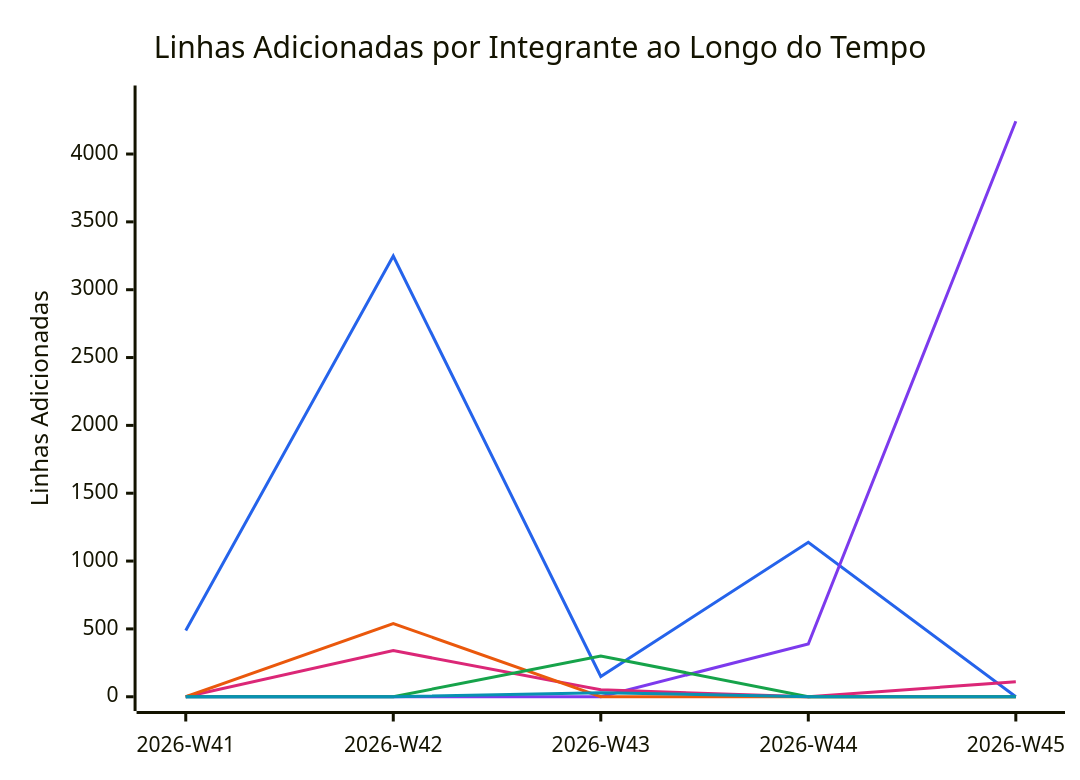
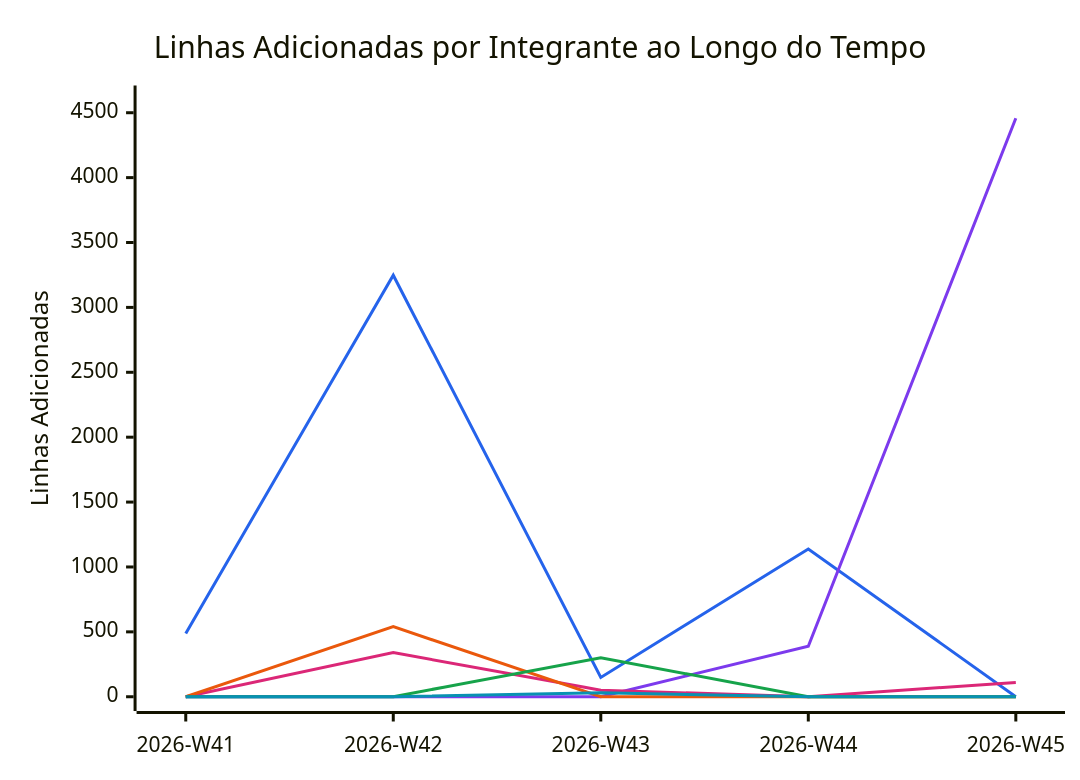
The diagram in documentation/snippets/management/code-additions.mmd (FCTE-Qualidade-de-Software-1/2026-2_T02_FRANS_BILAS), drawn with Mermaid before and after one commit. The commit also changed 6 other files, not shown here.

```diff
--- a/documentation/snippets/management/code-additions.mmd
+++ b/documentation/snippets/management/code-additions.mmd
@@ -1,11 +1,11 @@
 %%{init: {"themeVariables": {"xyChart": {"plotColorPalette": "#2563eb, #7c3aed, #db2777, #ea580c, #16a34a, #0891b2"}}}}%%
 xychart-beta
     title "Linhas Adicionadas por Integrante ao Longo do Tempo"
     x-axis ["2026-W41", "2026-W42", "2026-W43", "2026-W44", "2026-W45"]
-    y-axis "Linhas Adicionadas" 0 --> 4400
+    y-axis "Linhas Adicionadas" 0 --> 4600
     line [488, 3248, 149, 1139, 0]
-    line [0, 0, 0, 389, 4242]
+    line [0, 0, 0, 389, 4458]
     line [0, 340, 51, 0, 110]
     line [0, 540, 0, 0, 0]
     line [0, 0, 301, 0, 0]
     line [0, 0, 30, 0, 0]
```
